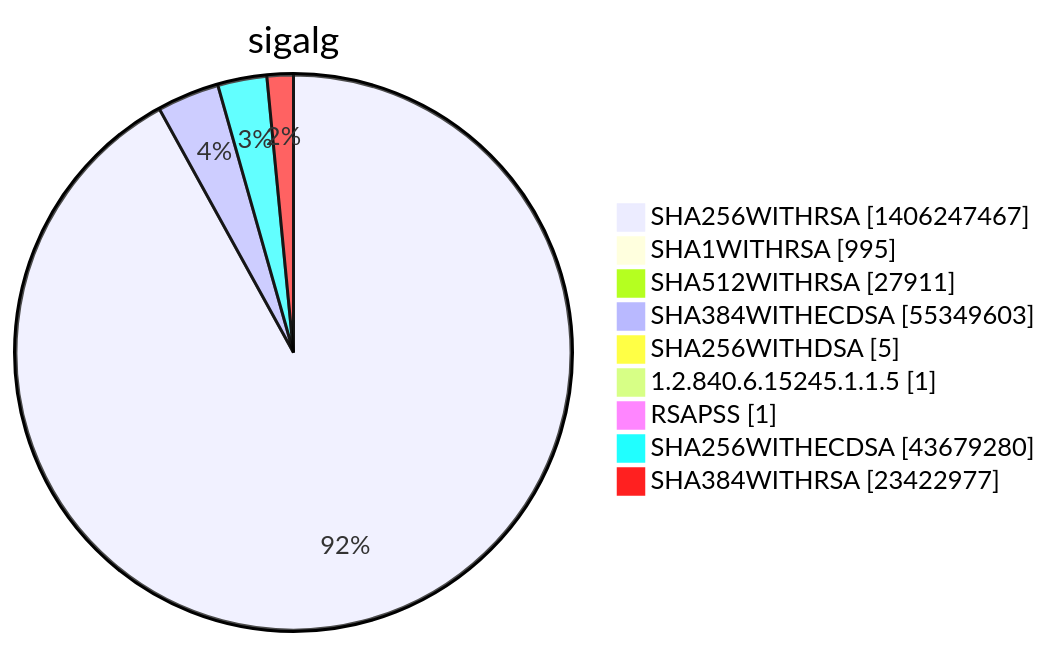
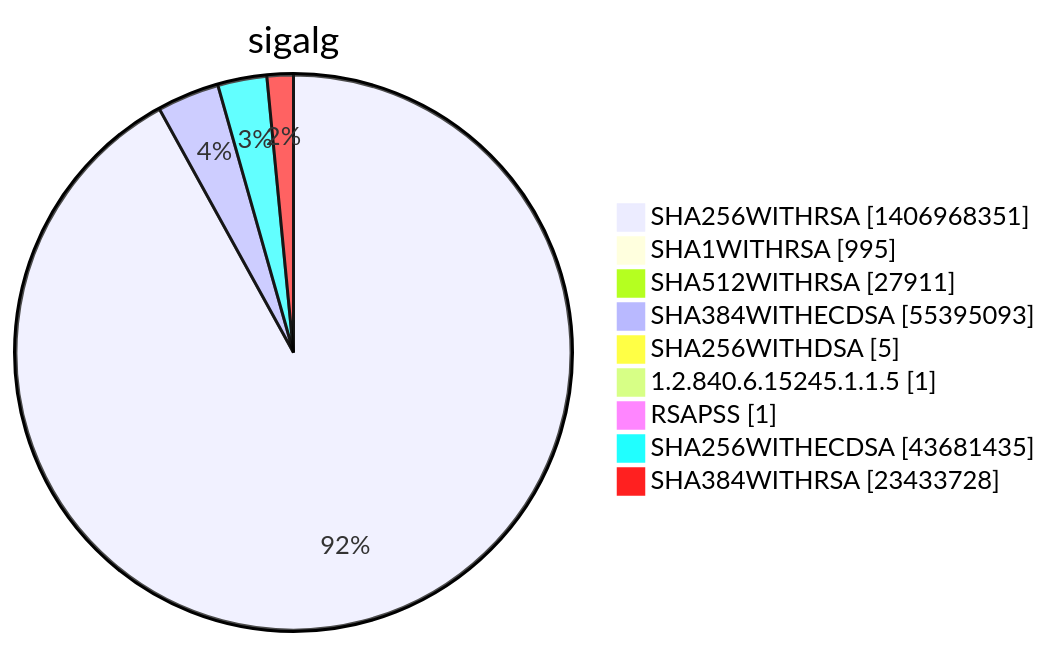
One commit to christiankrug/ctmonitor_visualization changed diagram 15 of 15 in xenon2022/README.md. Above: the diagram before and after it, drawn with Mermaid. The commit also changed other lines of this file, not shown here.

````diff
--- a/xenon2022/README.md
+++ b/xenon2022/README.md
@@ -5856,13 +5856,13 @@
 ```mermaid
 pie showData
 title sigalg
-"SHA256WITHRSA" :1406247467
+"SHA256WITHRSA" :1406968351
 "SHA1WITHRSA" :995
 "SHA512WITHRSA" :27911
-"SHA384WITHECDSA" :55349603
+"SHA384WITHECDSA" :55395093
 "SHA256WITHDSA" :5
 "1.2.840.6.15245.1.1.5" :1
 "RSAPSS" :1
-"SHA256WITHECDSA" :43679280
-"SHA384WITHRSA" :23422977
+"SHA256WITHECDSA" :43681435
+"SHA384WITHRSA" :23433728
 ```
````
